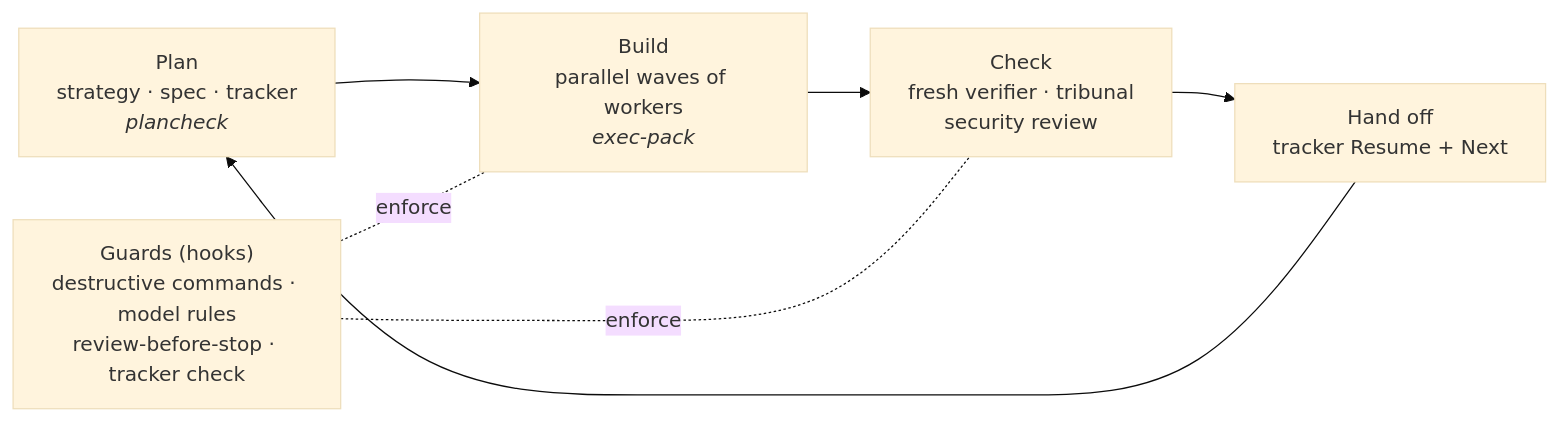
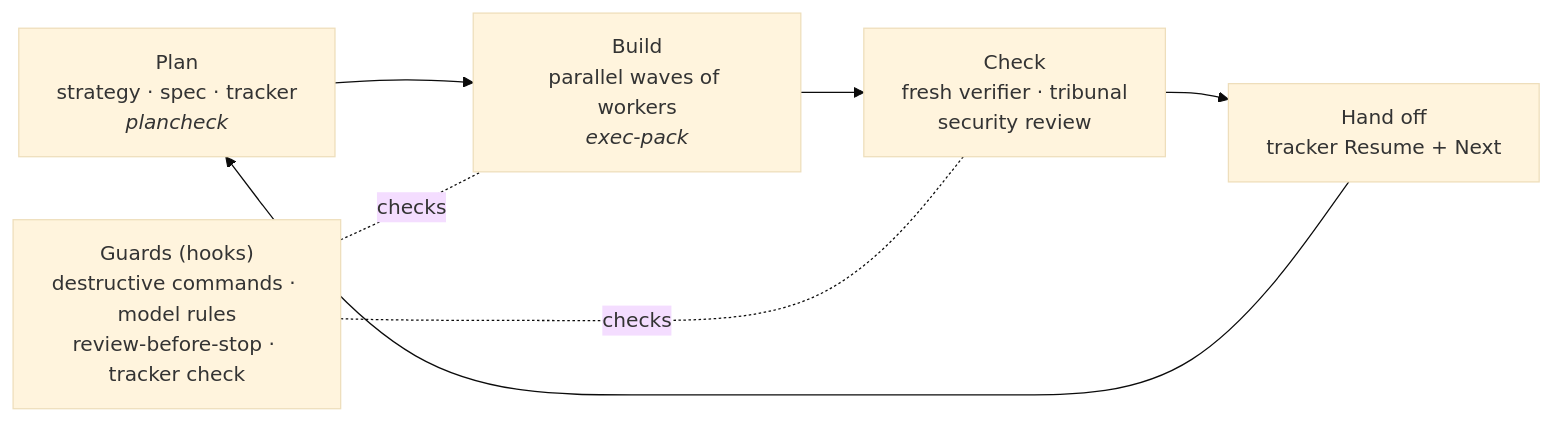
One commit to nik110403/ai-architecture changed the diagram in README.md. Above: the diagram before and after it, drawn with Mermaid (base theme). The commit also changed other lines of this file and 17 other files, not shown here.

Commit message:
Publish AI Architecture Collection 0.4.1 preview

````diff
--- a/README.md
+++ b/README.md
@@ -14,9 +14,9 @@
 ```mermaid
 flowchart LR
   P["Plan<br/>strategy · spec · tracker<br/><i>plancheck</i>"] --> B["Build<br/>parallel waves of workers<br/><i>exec-pack</i>"]
   B --> C["Check<br/>fresh verifier · tribunal<br/>security review"]
   C --> H["Hand off<br/>tracker Resume + Next"]
   H --> P
-  G["Guards (hooks)<br/>destructive commands · model rules<br/>review-before-stop · tracker check"] -. enforce .- B
-  G -. enforce .- C
+  G["Guards (hooks)<br/>destructive commands · model rules<br/>review-before-stop · tracker check"] -. checks .- B
+  G -. checks .- C
 ```
````
